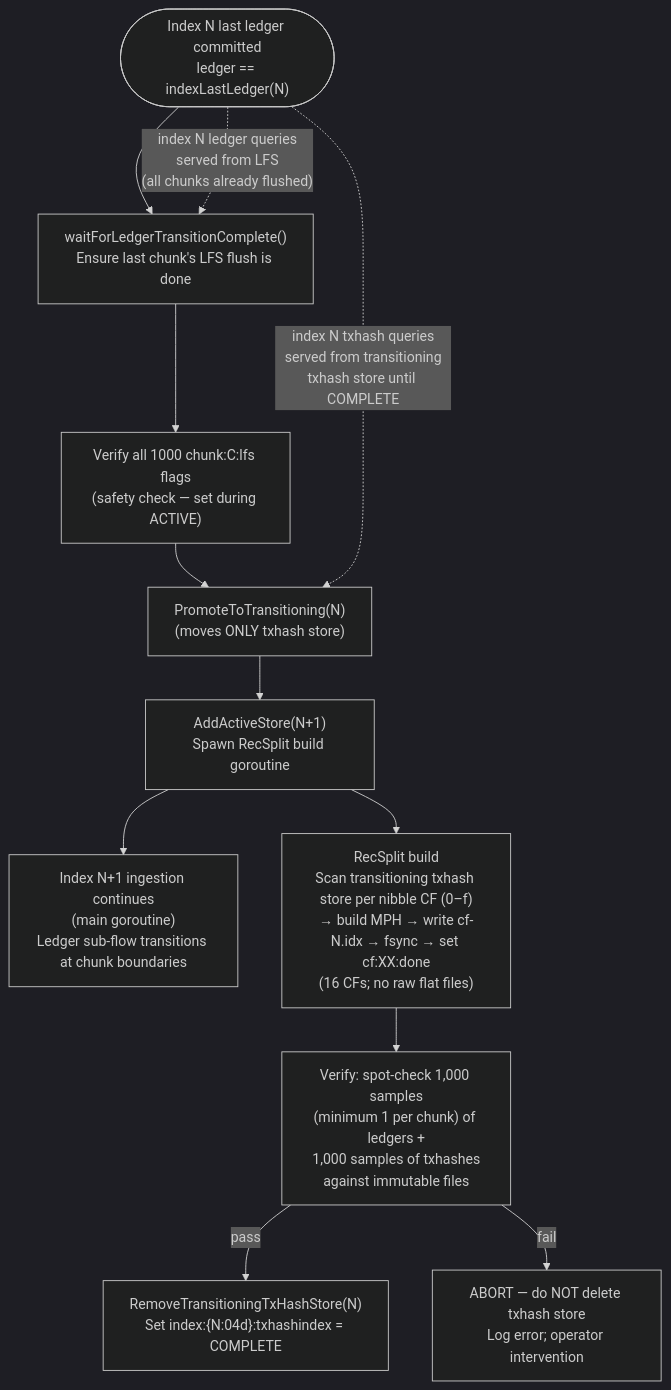
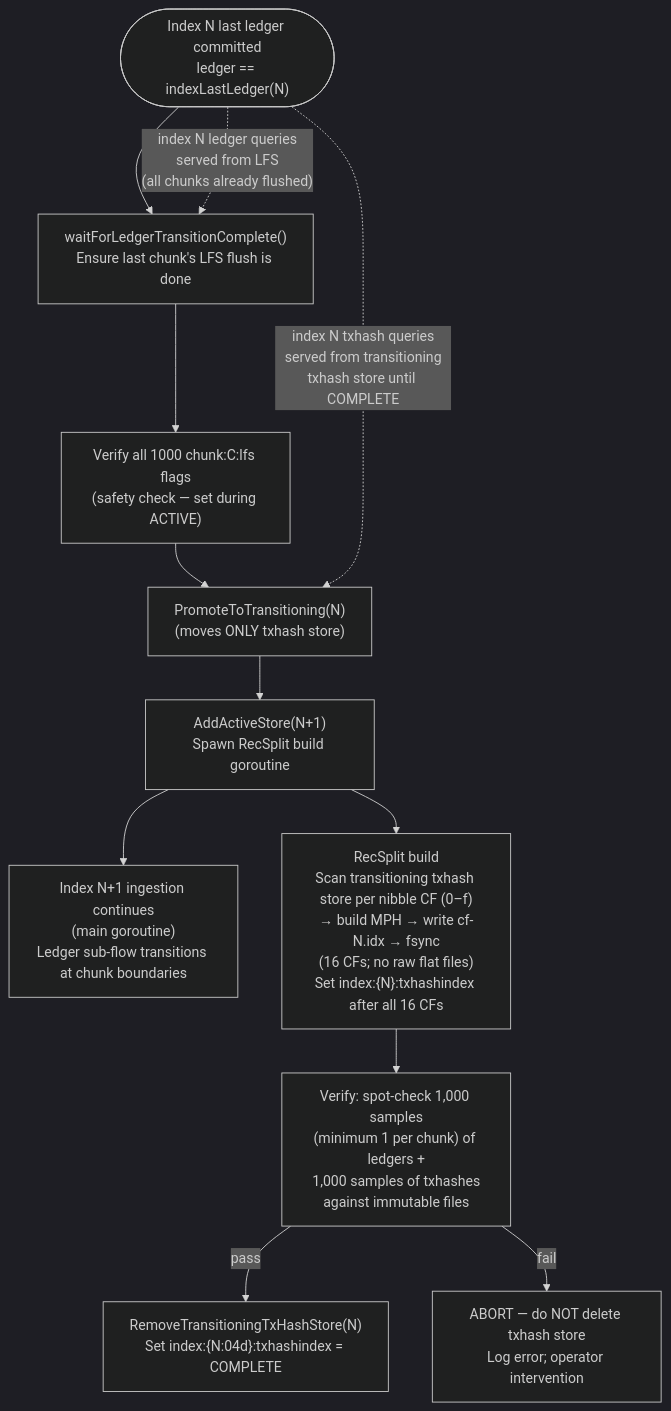
One commit to stellar/stellar-rpc changed the tenth of 12 diagrams in full-history/design-docs/01-architecture-overview.md. Above: the diagram before and after it, drawn with Mermaid (dark theme). The commit also changed other lines of this file and 10 other files, not shown here.

````diff
--- a/full-history/design-docs/01-architecture-overview.md
+++ b/full-history/design-docs/01-architecture-overview.md
@@ -262,15 +262,15 @@
 ```mermaid
 flowchart TD
     BOUNDARY(["Index N last ledger committed\nledger == indexLastLedger(N)"]) --> WAIT["waitForLedgerTransitionComplete()\nEnsure last chunk's LFS flush is done"]
     WAIT --> VERIFY_LFS["Verify all 1000 chunk:C:lfs flags\n(safety check — set during ACTIVE)"]
     VERIFY_LFS --> PROMOTE["PromoteToTransitioning(N)\n(moves ONLY txhash store)"]
     PROMOTE --> SPAWN["AddActiveStore(N+1)\nSpawn RecSplit build goroutine"]
     SPAWN --> INGEST_NEXT["Index N+1 ingestion continues\n(main goroutine)\nLedger sub-flow transitions at chunk boundaries"]
-    SPAWN --> RECSPLIT["RecSplit build\nScan transitioning txhash store per nibble CF (0–f)\n→ build MPH → write cf-N.idx → fsync → set cf:XX:done\n(16 CFs; no raw flat files)"]
+    SPAWN --> RECSPLIT["RecSplit build\nScan transitioning txhash store per nibble CF (0–f)\n→ build MPH → write cf-N.idx → fsync\n(16 CFs; no raw flat files)\nSet index:{N}:txhashindex after all 16 CFs"]
     RECSPLIT --> VERIFY_RS["Verify: spot-check 1,000 samples\n(minimum 1 per chunk) of ledgers +\n1,000 samples of txhashes\nagainst immutable files"]
     VERIFY_RS -->|pass| DELETE["RemoveTransitioningTxHashStore(N)\nSet index:{N:04d}:txhashindex = COMPLETE"]
     VERIFY_RS -->|fail| ABORT["ABORT — do NOT delete txhash store\nLog error; operator intervention"]
 
     BOUNDARY -.->|"index N ledger queries\nserved from LFS\n(all chunks already flushed)"| WAIT
     BOUNDARY -.->|"index N txhash queries\nserved from transitioning\ntxhash store until COMPLETE"| PROMOTE
 ```
````
